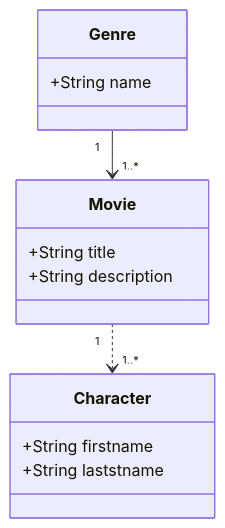
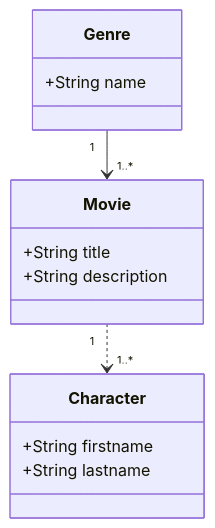
The diagram in README.md (aepsilon-tek/articlePanache), drawn with Mermaid before and after one commit. The commit also changed other lines of this file and 1 other file, not shown here.

````diff
--- a/README.md
+++ b/README.md
@@ -5,20 +5,20 @@
 ```mermaid
 classDiagram
     class Character{
     +String firstname
-    +String laststname
+    +String lastname
     }
     
     class Genre{
     +String name
     }
     
     class Movie{
        +String title
        +String description
     }
     
     Movie "1" ..> "1..*" Character
     Genre "1" --> "1..*" Movie
     
 ```
````
